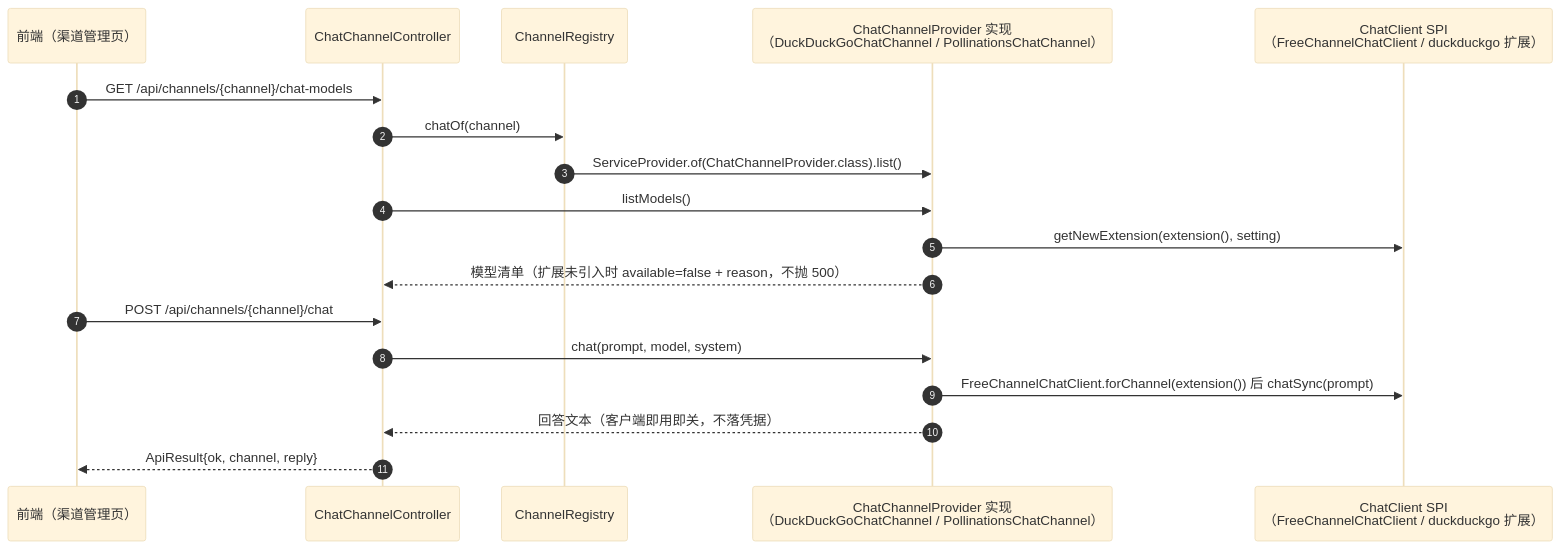
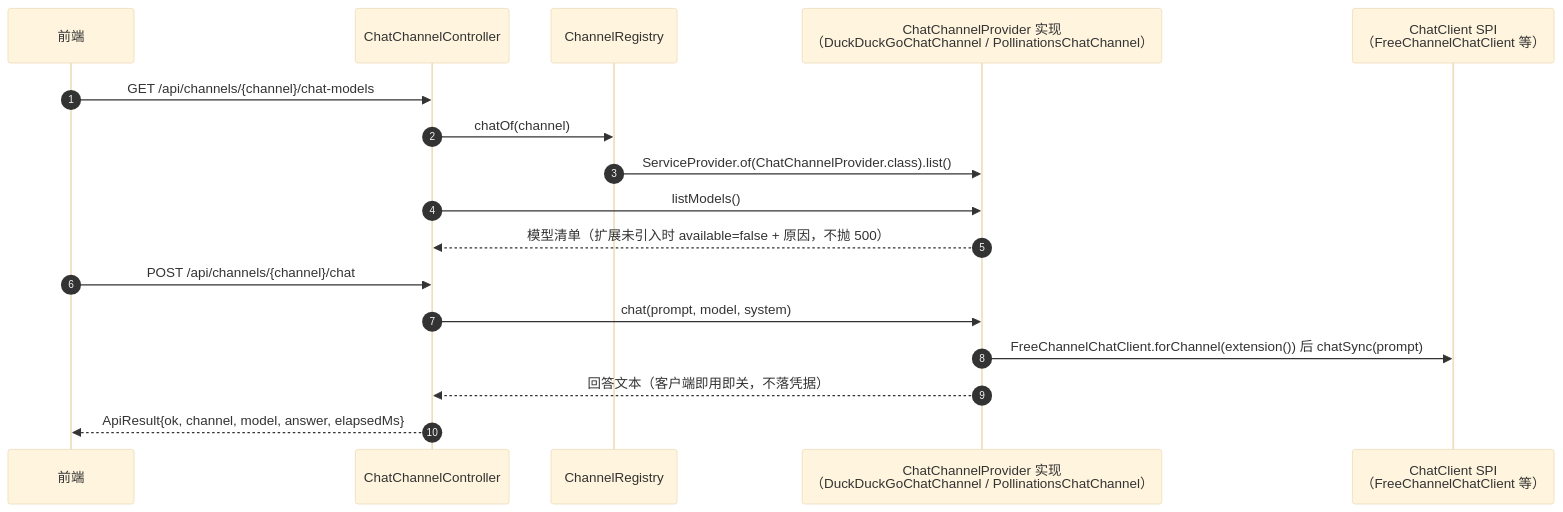
Before and after one commit to CHTK001/spring-support-parent-starter: the third of 3 diagrams in spring-support-account-starter/README.md, drawn with Mermaid (base theme). The commit also changed other lines of this file and 54 other files, not shown here.

````diff
--- a/spring-support-account-starter/README.md
+++ b/spring-support-account-starter/README.md
@@ -91,21 +49,20 @@
 ```mermaid
 sequenceDiagram
     autonumber
-    participant FE as 前端（渠道管理页）
+    participant FE as 前端
     participant CC as ChatChannelController
     participant REG as ChannelRegistry
     participant CP as ChatChannelProvider 实现<br/>（DuckDuckGoChatChannel / PollinationsChatChannel）
-    participant CL as ChatClient SPI<br/>（FreeChannelChatClient / duckduckgo 扩展）
+    participant CL as ChatClient SPI<br/>（FreeChannelChatClient 等）
 
     FE->>CC: GET /api/channels/{channel}/chat-models
     CC->>REG: chatOf(channel)
     REG->>CP: ServiceProvider.of(ChatChannelProvider.class).list()
     CC->>CP: listModels()
-    CP->>CL: getNewExtension(extension(), setting)
-    CP-->>CC: 模型清单（扩展未引入时 available=false + reason，不抛 500）
+    CP-->>CC: 模型清单（扩展未引入时 available=false + 原因，不抛 500）
     FE->>CC: POST /api/channels/{channel}/chat
     CC->>CP: chat(prompt, model, system)
     CP->>CL: FreeChannelChatClient.forChannel(extension()) 后 chatSync(prompt)
     CP-->>CC: 回答文本（客户端即用即关，不落凭据）
-    CC-->>FE: ApiResult{ok, channel, reply}
+    CC-->>FE: ApiResult{ok, channel, model, answer, elapsedMs}
 ```
````
